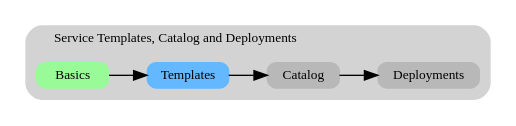
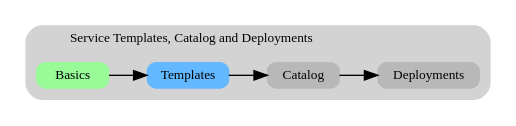
The diagram in docs/class1/module3/lab2.rst (f5devcentral/f5-automation-labs), drawn with Graphviz before and after one commit. The commit also changed 20 other files, not shown here.

Commit message:
Improve quality of rendered images/graphs

```diff
--- a/docs/class1/module3/lab2.rst
+++ b/docs/class1/module3/lab2.rst
@@ -4,21 +4,20 @@
 .. graphviz::
 
    digraph breadcrumb {
       rankdir="LR"
       ranksep=.4
       node [fontsize=10,style="rounded,filled",shape=box,color=gray72,margin="0.05,0.05",height=0.1]
-      fontname = "arial-bold"
       fontsize = 10
       labeljust="l"
       subgraph cluster_provider {
          style = "rounded,filled"
          color = lightgrey
          height = .75
          label = "Service Templates, Catalog and Deployments"
          onboarding [label="Basics",color="palegreen"]
          templates [label="Templates",color="steelblue1"]
          catalog [label="Catalog"]
          deployments [label="Deployments"]
          onboarding -> templates -> catalog -> deployments
       }
    }
```
